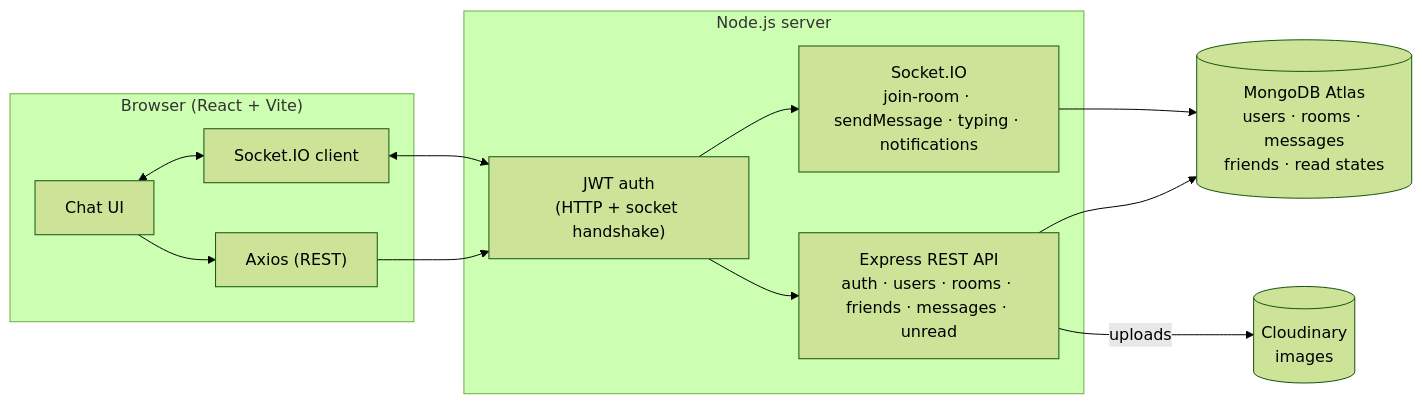
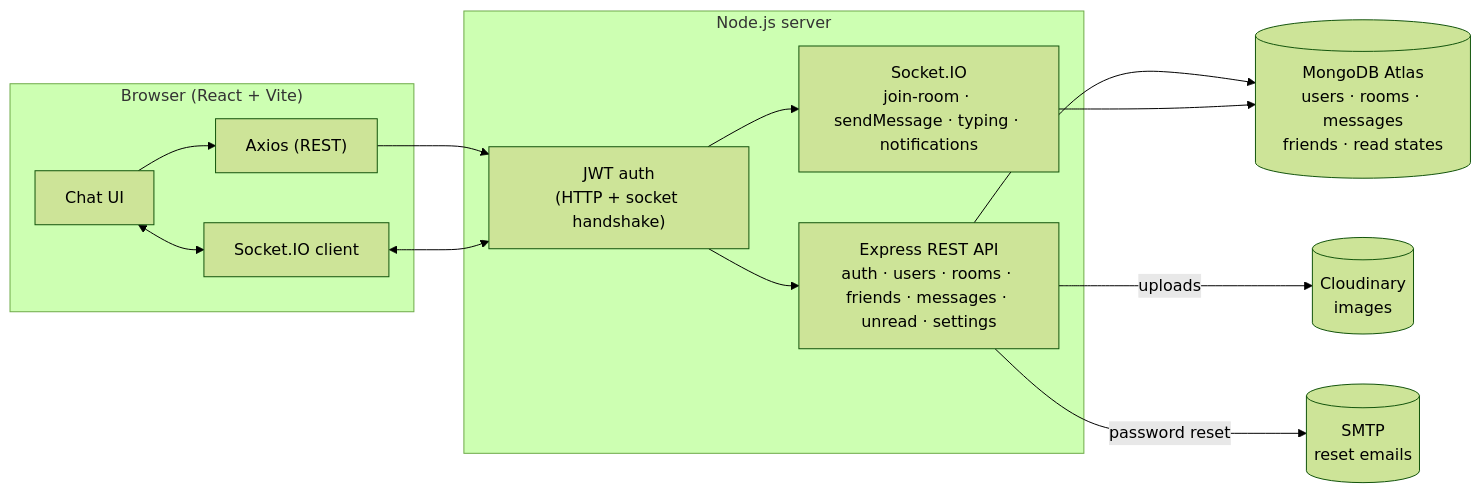
The diagram in README.md (prajapathiAjay/Talkmate), drawn with Mermaid (forest theme) before and after one commit. The commit also changed other lines of this file and 6 other files, not shown here.

````diff
--- a/README.md
+++ b/README.md
@@ -85,24 +99,26 @@
 ```mermaid
 flowchart LR
     subgraph Client["Browser (React + Vite)"]
         UI["Chat UI"]
         API["Axios (REST)"]
         WS["Socket.IO client"]
     end
 
     subgraph Server["Node.js server"]
-        REST["Express REST API<br/>auth · users · rooms · friends · messages · unread"]
+        REST["Express REST API<br/>auth · users · rooms · friends · messages · unread · settings"]
         RT["Socket.IO<br/>join-room · sendMessage · typing · notifications"]
         AUTH["JWT auth<br/>(HTTP + socket handshake)"]
     end
 
     DB[("MongoDB Atlas<br/>users · rooms · messages<br/>friends · read states")]
     CDN[("Cloudinary<br/>images")]
+    MAIL[("SMTP<br/>reset emails")]
 
     UI --> API --> AUTH --> REST
     UI <--> WS <--> AUTH
     AUTH --> RT
     REST --> DB
     RT --> DB
     REST -- "uploads" --> CDN
+    REST -- "password reset" --> MAIL
 ```
````
